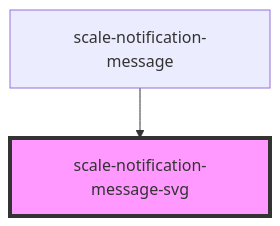
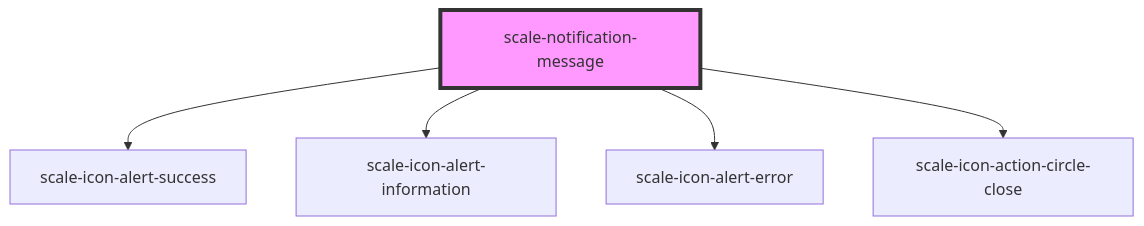
The diagram in packages/components/src/components/notification-message/readme.md (telekom/scale), drawn with Mermaid before and after one commit. The commit also changed other lines of this file and 1 other file, not shown here.

````diff
--- a/packages/components/src/components/notification-message/readme.md
+++ b/packages/components/src/components/notification-message/readme.md
@@ -25,5 +51,8 @@
 ```mermaid
 graph TD;
-  scale-notification-message --> scale-notification-message-svg
-  style scale-notification-message-svg fill:#f9f,stroke:#333,stroke-width:4px
+  scale-notification-message --> scale-icon-alert-success
+  scale-notification-message --> scale-icon-alert-information
+  scale-notification-message --> scale-icon-alert-error
+  scale-notification-message --> scale-icon-action-circle-close
+  style scale-notification-message fill:#f9f,stroke:#333,stroke-width:4px
 ```
````
